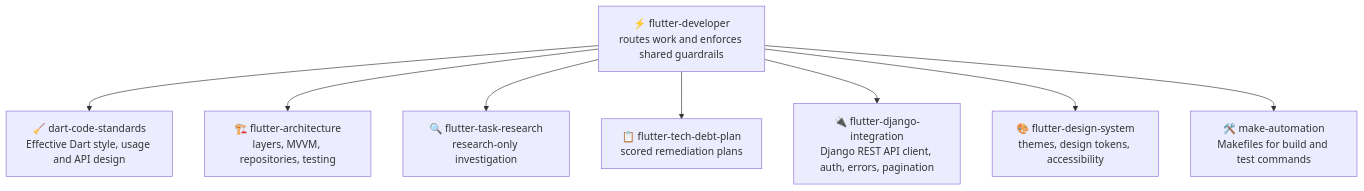
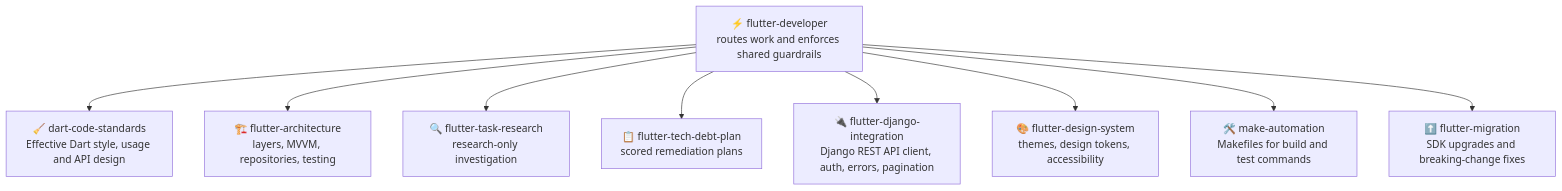
The diagram in README.md (KinwiseNZ-DevOps/flutter-developer), drawn with Mermaid before and after one commit. The commit also changed other lines of this file and 17 other files, not shown here.

First line of the commit message:
Add flutter-migration skill and fix its eval cases after running them

````diff
--- a/README.md
+++ b/README.md
@@ -70,11 +71,12 @@
 ```mermaid
 flowchart TD
     R["⚡ flutter-developer<br/>routes work and enforces shared guardrails"]
     R --> A["🧹 dart-code-standards<br/>Effective Dart style, usage and API design"]
     R --> B["🏗️ flutter-architecture<br/>layers, MVVM, repositories, testing"]
     R --> C["🔍 flutter-task-research<br/>research-only investigation"]
     R --> D["📋 flutter-tech-debt-plan<br/>scored remediation plans"]
     R --> F["🔌 flutter-django-integration<br/>Django REST API client, auth, errors, pagination"]
     R --> G["🎨 flutter-design-system<br/>themes, design tokens, accessibility"]
     R --> E["🛠️ make-automation<br/>Makefiles for build and test commands"]
+    R --> H["⬆️ flutter-migration<br/>SDK upgrades and breaking-change fixes"]
 ```
````
